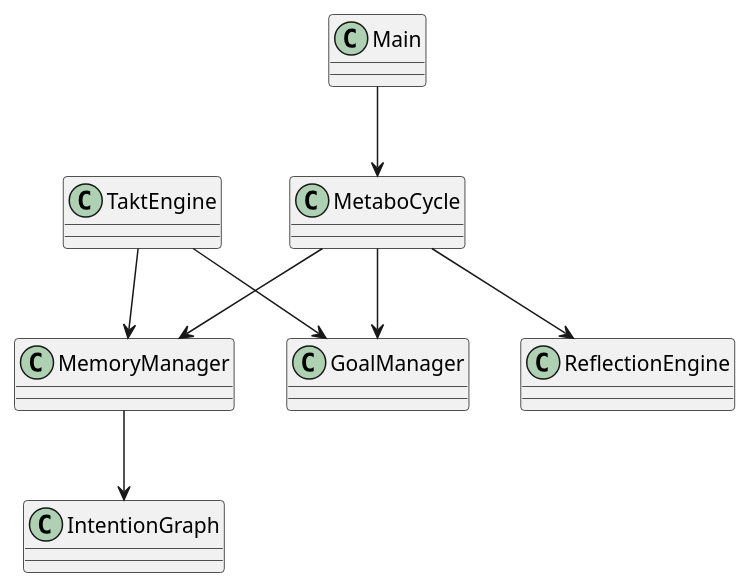
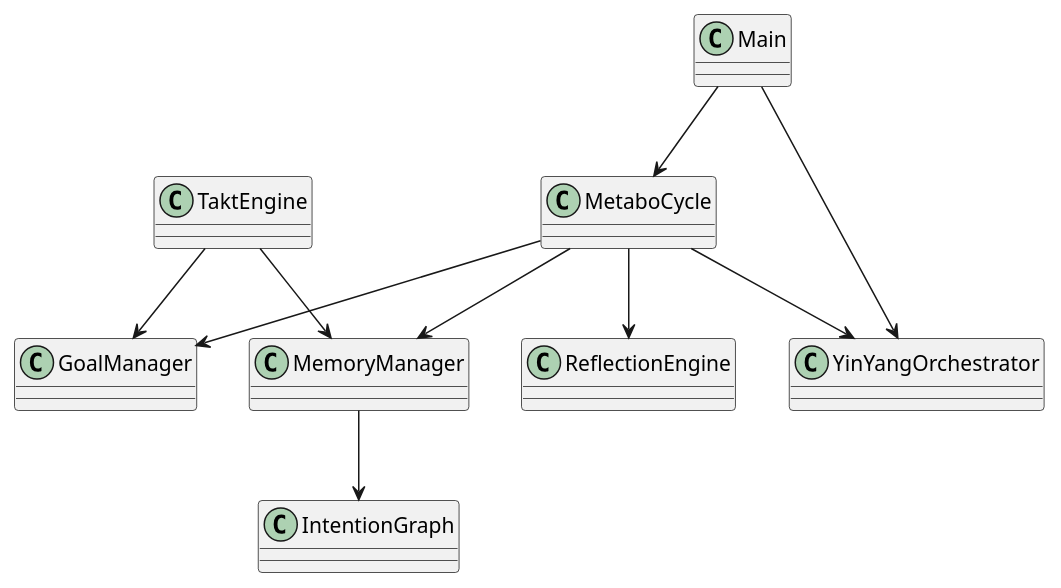
Before and after one commit to marcusreimold/MetaboMind: the diagram in doc/diagrams/class_diagram.puml, drawn with PlantUML. The commit also changed 7 other files, not shown here.

Commit message:
Add Yin-Yang orchestrator and integrate mode switching

```diff
--- a/doc/diagrams/class_diagram.puml
+++ b/doc/diagrams/class_diagram.puml
@@ -1,16 +1,19 @@
 @startuml
 class Main
 class MetaboCycle
 class GoalManager
 class MemoryManager
 class IntentionGraph
 class ReflectionEngine
 class TaktEngine
+class YinYangOrchestrator
 Main --> MetaboCycle
 MetaboCycle --> GoalManager
 MetaboCycle --> MemoryManager
 MetaboCycle --> ReflectionEngine
+MetaboCycle --> YinYangOrchestrator
 MemoryManager --> IntentionGraph
 TaktEngine --> MemoryManager
 TaktEngine --> GoalManager
+Main --> YinYangOrchestrator
 @enduml
```
